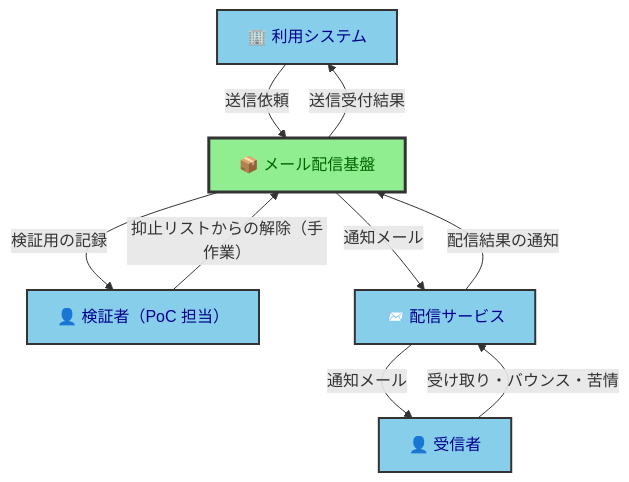
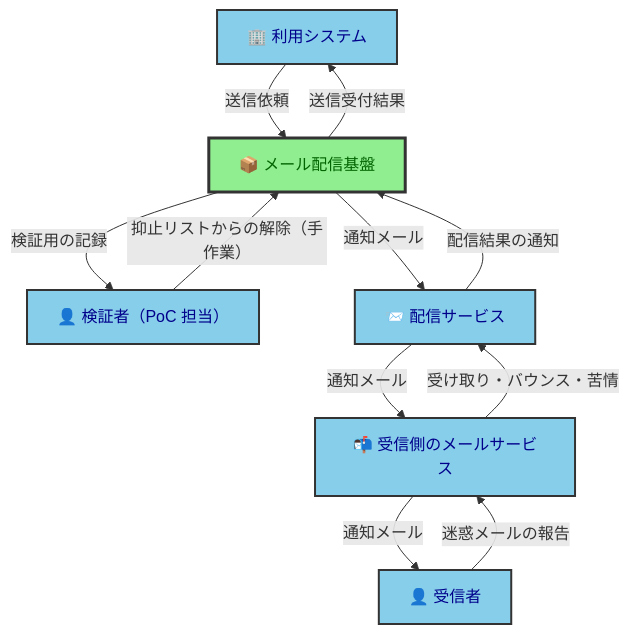
One commit to kasiopeiya/mail-poc changed the first of 3 diagrams in docs/requirements.md. Above: the diagram before and after it, drawn with Mermaid. The commit also changed other lines of this file, not shown here.

````diff
--- a/docs/requirements.md
+++ b/docs/requirements.md
@@ -54,23 +54,26 @@
 ```mermaid
 flowchart TB
     user[🏢 利用システム]
     verifier[👤 検証者（PoC 担当）]
     delivery[📨 配信サービス]
+    mailbox[📬 受信側のメールサービス]
     recipient[👤 受信者]
 
     system[📦 メール配信基盤]
 
     user -->|送信依頼| system
     system -->|送信受付結果| user
     system -->|通知メール| delivery
     delivery -->|配信結果の通知| system
-    delivery -->|通知メール| recipient
-    recipient -->|受け取り・バウンス・苦情| delivery
+    delivery -->|通知メール| mailbox
+    mailbox -->|受け取り・バウンス・苦情| delivery
+    mailbox -->|通知メール| recipient
+    recipient -->|迷惑メールの報告| mailbox
     system -->|検証用の記録| verifier
     verifier -->|抑止リストからの解除（手作業）| system
 
     classDef internal fill:#90EE90,stroke:#333,stroke-width:3px,color:darkgreen
     classDef external fill:#87CEEB,stroke:#333,stroke-width:2px,color:darkblue
     class system internal
-    class user,verifier,delivery,recipient external
+    class user,verifier,delivery,mailbox,recipient external
 ```
````
